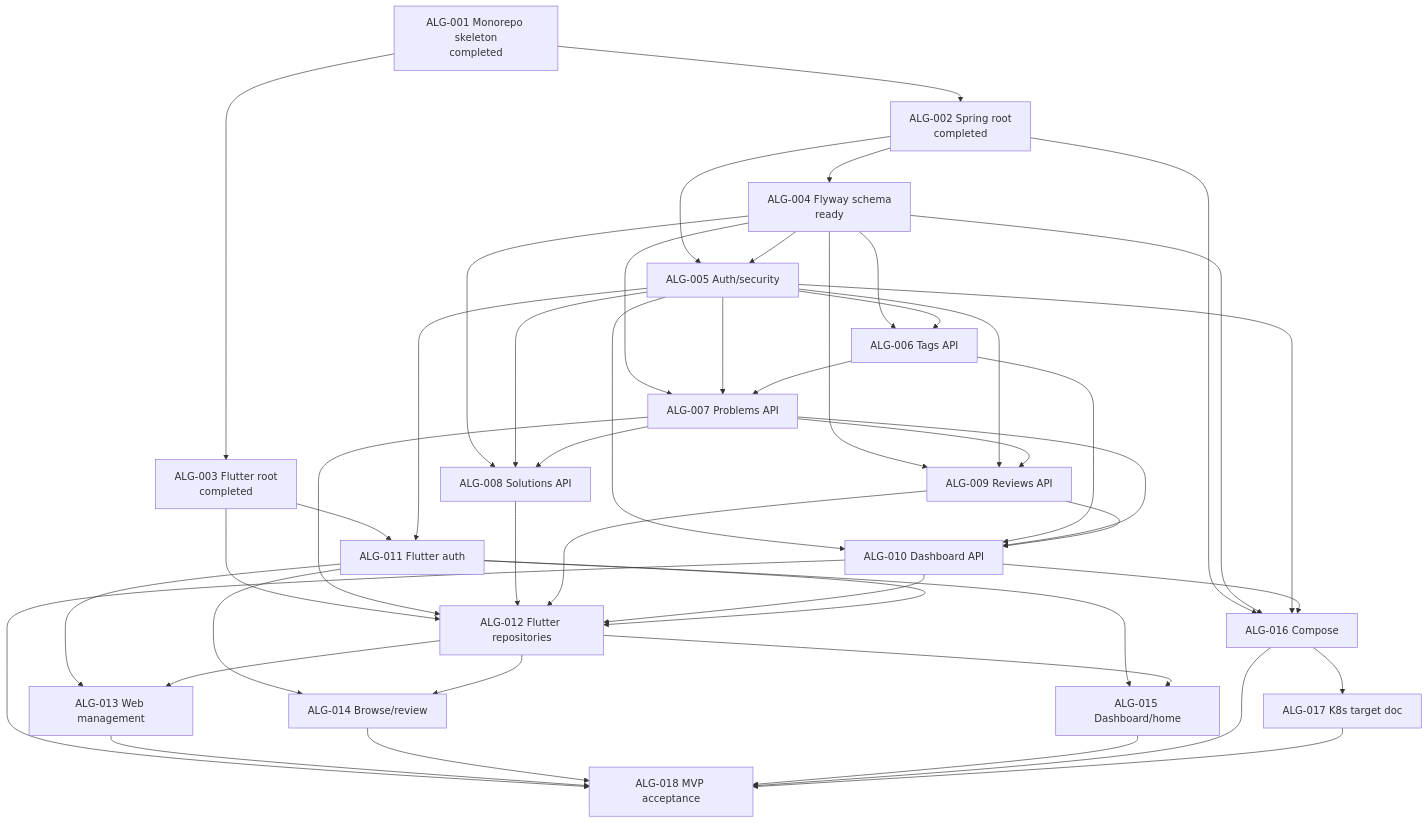
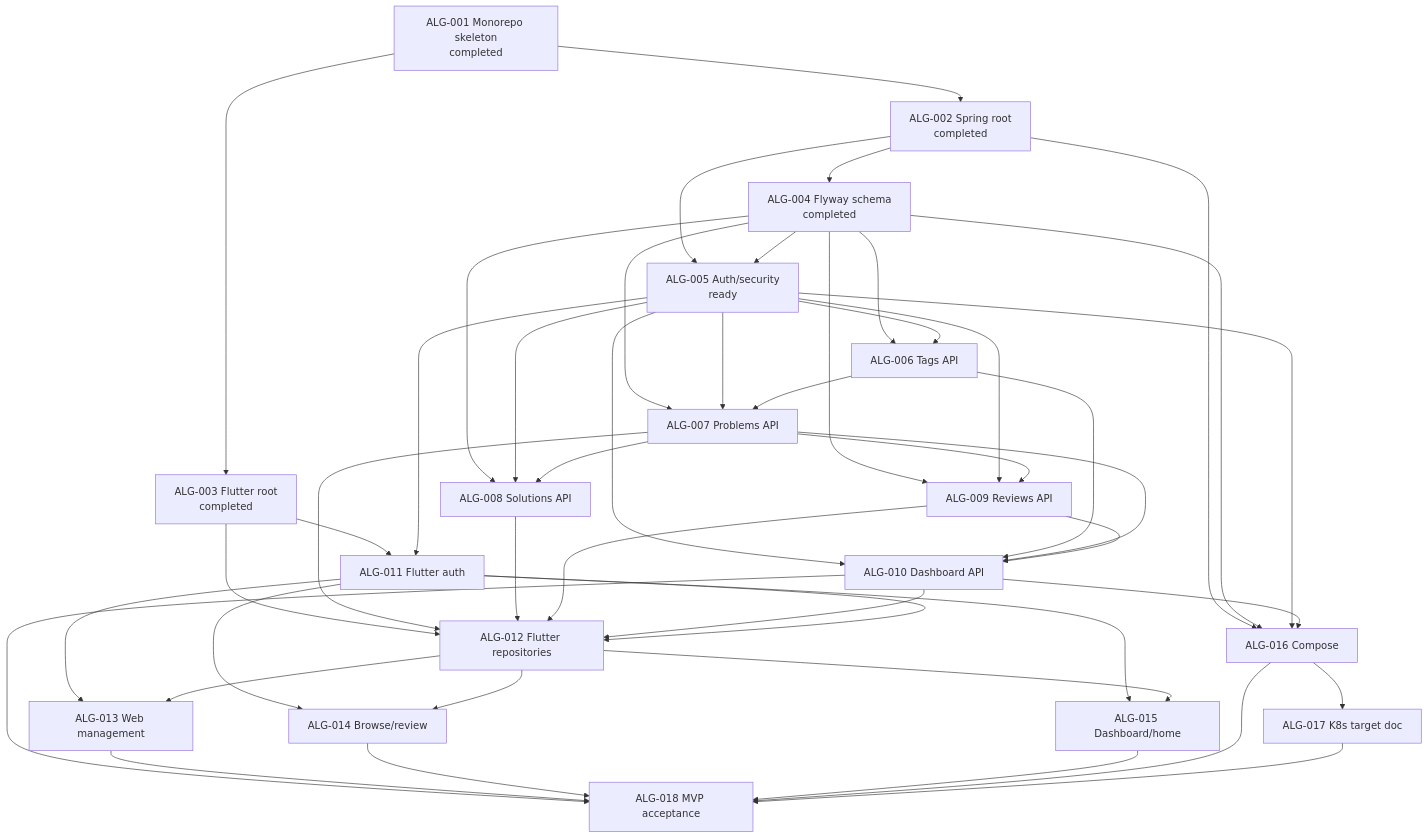
Before and after one commit to allenljf/algorithm-learning: the diagram in agent-workflow/WORK_GRAPH.md, drawn with Mermaid. The commit also changed 7 other files, not shown here.

Commit message:
feat(api): add initial PostgreSQL schema

````diff
--- a/agent-workflow/WORK_GRAPH.md
+++ b/agent-workflow/WORK_GRAPH.md
@@ -3,67 +3,67 @@
 ```mermaid
 flowchart TD
   T1[ALG-001 Monorepo skeleton\ncompleted]
   T2[ALG-002 Spring root\ncompleted]
   T3[ALG-003 Flutter root\ncompleted]
-  T4[ALG-004 Flyway schema\nready]
-  T5[ALG-005 Auth/security]
+  T4[ALG-004 Flyway schema\ncompleted]
+  T5[ALG-005 Auth/security\nready]
   T6[ALG-006 Tags API]
   T7[ALG-007 Problems API]
   T8[ALG-008 Solutions API]
   T9[ALG-009 Reviews API]
   T10[ALG-010 Dashboard API]
   T11[ALG-011 Flutter auth]
   T12[ALG-012 Flutter repositories]
   T13[ALG-013 Web management]
   T14[ALG-014 Browse/review]
   T15[ALG-015 Dashboard/home]
   T16[ALG-016 Compose]
   T17[ALG-017 K8s target doc]
   T18[ALG-018 MVP acceptance]
 
   T1 --> T2
   T1 --> T3
   T2 --> T4
   T2 --> T5
   T4 --> T5
   T4 --> T6
   T5 --> T6
   T4 --> T7
   T5 --> T7
   T6 --> T7
   T4 --> T8
   T5 --> T8
   T7 --> T8
   T4 --> T9
   T5 --> T9
   T7 --> T9
   T5 --> T10
   T6 --> T10
   T7 --> T10
   T9 --> T10
   T3 --> T11
   T5 --> T11
   T3 --> T12
   T7 --> T12
   T8 --> T12
   T9 --> T12
   T10 --> T12
   T11 --> T12
   T11 --> T13
   T12 --> T13
   T11 --> T14
   T12 --> T14
   T11 --> T15
   T12 --> T15
   T2 --> T16
   T4 --> T16
   T5 --> T16
   T10 --> T16
   T16 --> T17
   T10 --> T18
   T13 --> T18
   T14 --> T18
   T15 --> T18
   T16 --> T18
   T17 --> T18
 ```
````
